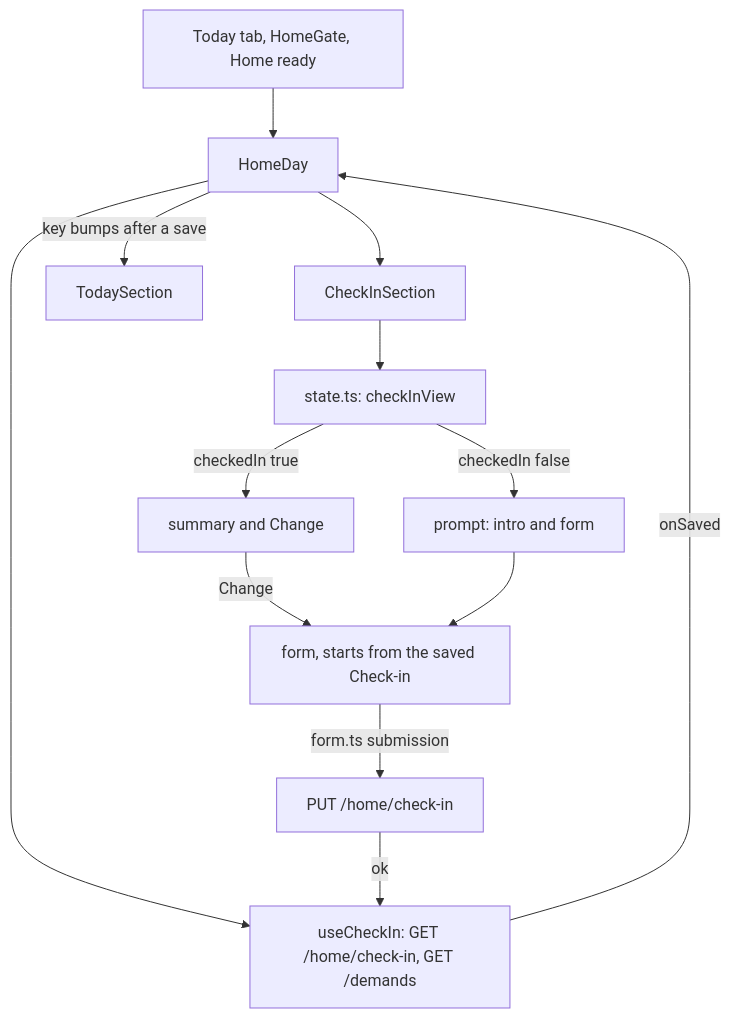
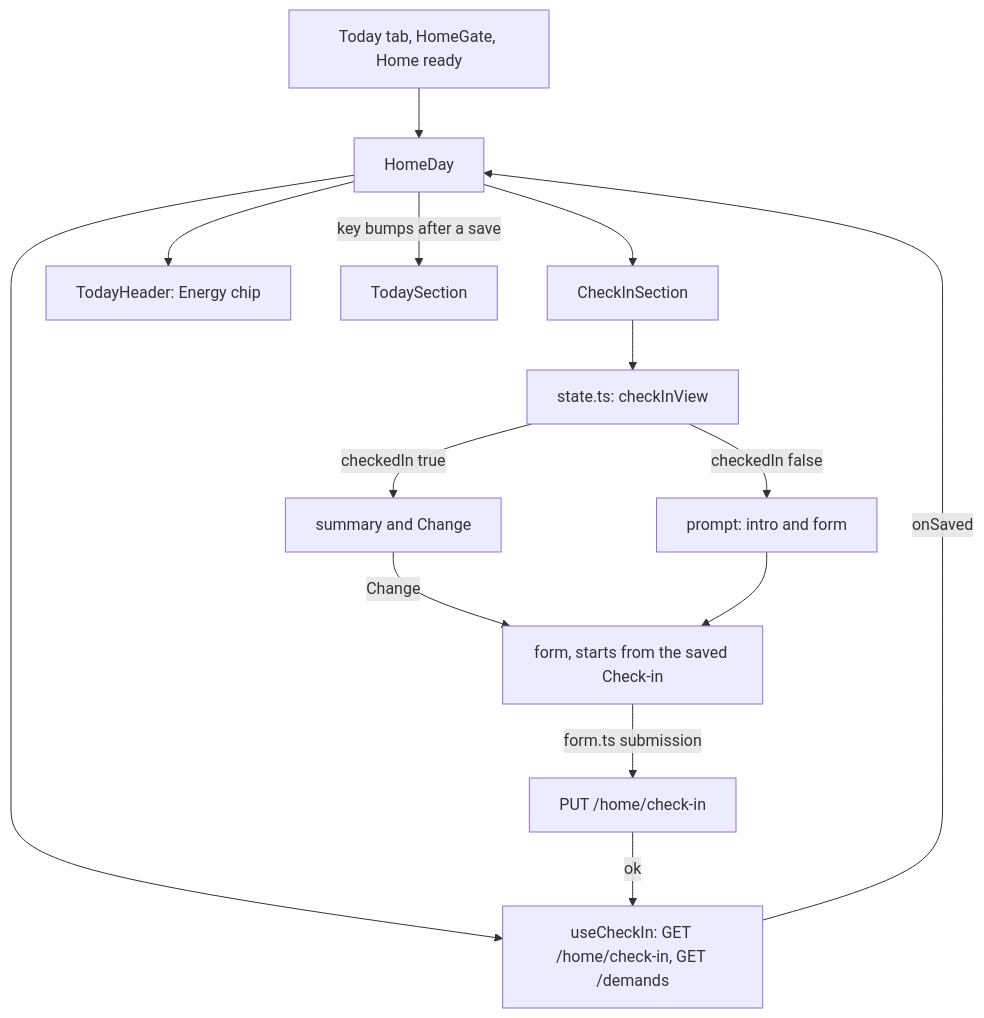
Before and after one commit to AbnerWillclefy/Homeowner: the ninth of 10 diagrams in docs/architecture/web.md, drawn with Mermaid. The commit also changed other lines of this file, not shown here.

Commit message:
docs: describe the today header, energy chip and task cards

````diff
--- a/docs/architecture/web.md
+++ b/docs/architecture/web.md
@@ -330,15 +337,16 @@
 ```mermaid
 flowchart TD
     HS[Today tab, HomeGate, Home ready] --> HD[HomeDay]
     HD --> UC[useCheckIn: GET /home/check-in, GET /demands]
     HD --> CS[CheckInSection]
+    HD --> TH[TodayHeader: Energy chip]
     HD -->|key bumps after a save| TS[TodaySection]
     CS --> V[state.ts: checkInView]
     V -->|checkedIn false| P[prompt: intro and form]
     V -->|checkedIn true| SUM[summary and Change]
     SUM -->|Change| F[form, starts from the saved Check-in]
     P --> F
     F -->|form.ts submission| PUT[PUT /home/check-in]
     PUT -->|ok| UC
     UC -->|onSaved| HD
 ```
````
